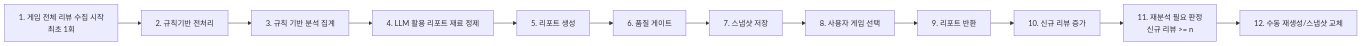
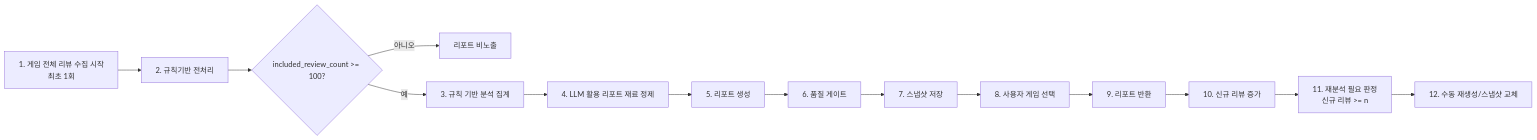
One commit to seonghorang2/NLP_PJ-solo- changed the diagram in howworks.md. Above: the diagram before and after it, drawn with Mermaid. The commit also changed other lines of this file and 1 other file, not shown here.

````diff
--- a/howworks.md
+++ b/howworks.md
@@ -260,14 +261,16 @@
 ```mermaid
 flowchart LR
     A1[1. 게임 전체 리뷰 수집 시작<br/>최초 1회] --> A2[2. 규칙기반 전처리]
-    A2 --> A3[3. 규칙 기반 분석 집계]
+    A2 --> A2B{included_review_count >= 100?}
+    A2B -- 아니오 --> A2C[리포트 비노출]
+    A2B -- 예 --> A3[3. 규칙 기반 분석 집계]
     A3 --> A4[4. LLM 활용 리포트 재료 정제]
     A4 --> A5[5. 리포트 생성]
     A5 --> A6[6. 품질 게이트]
     A6 --> A7[7. 스냅샷 저장]
     A7 --> A8[8. 사용자 게임 선택]
     A8 --> A9[9. 리포트 반환]
     A9 --> A10[10. 신규 리뷰 증가]
     A10 --> A11[11. 재분석 필요 판정<br/>신규 리뷰 >= n]
     A11 --> A12[12. 수동 재생성/스냅샷 교체]
 ```
````
